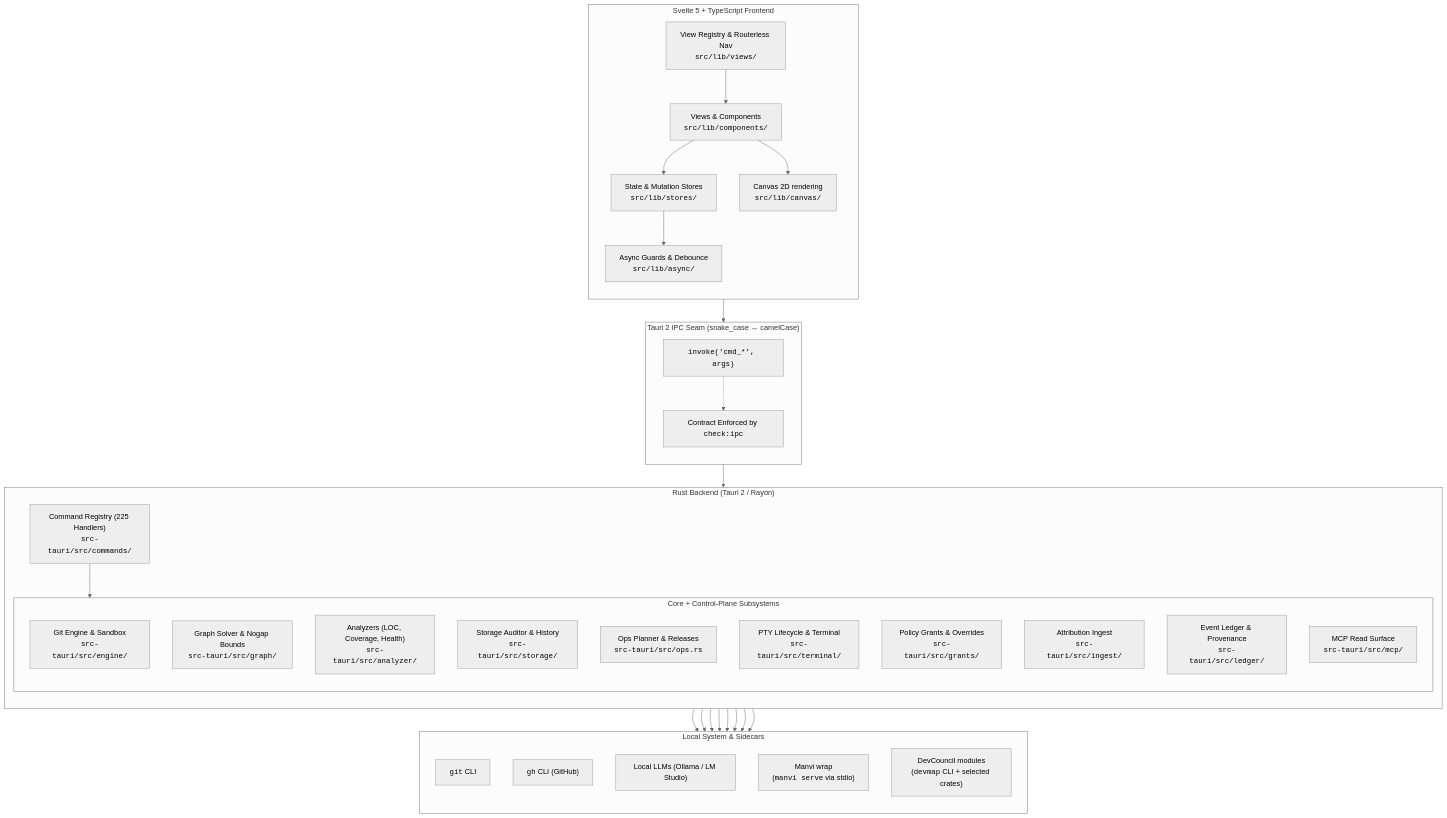
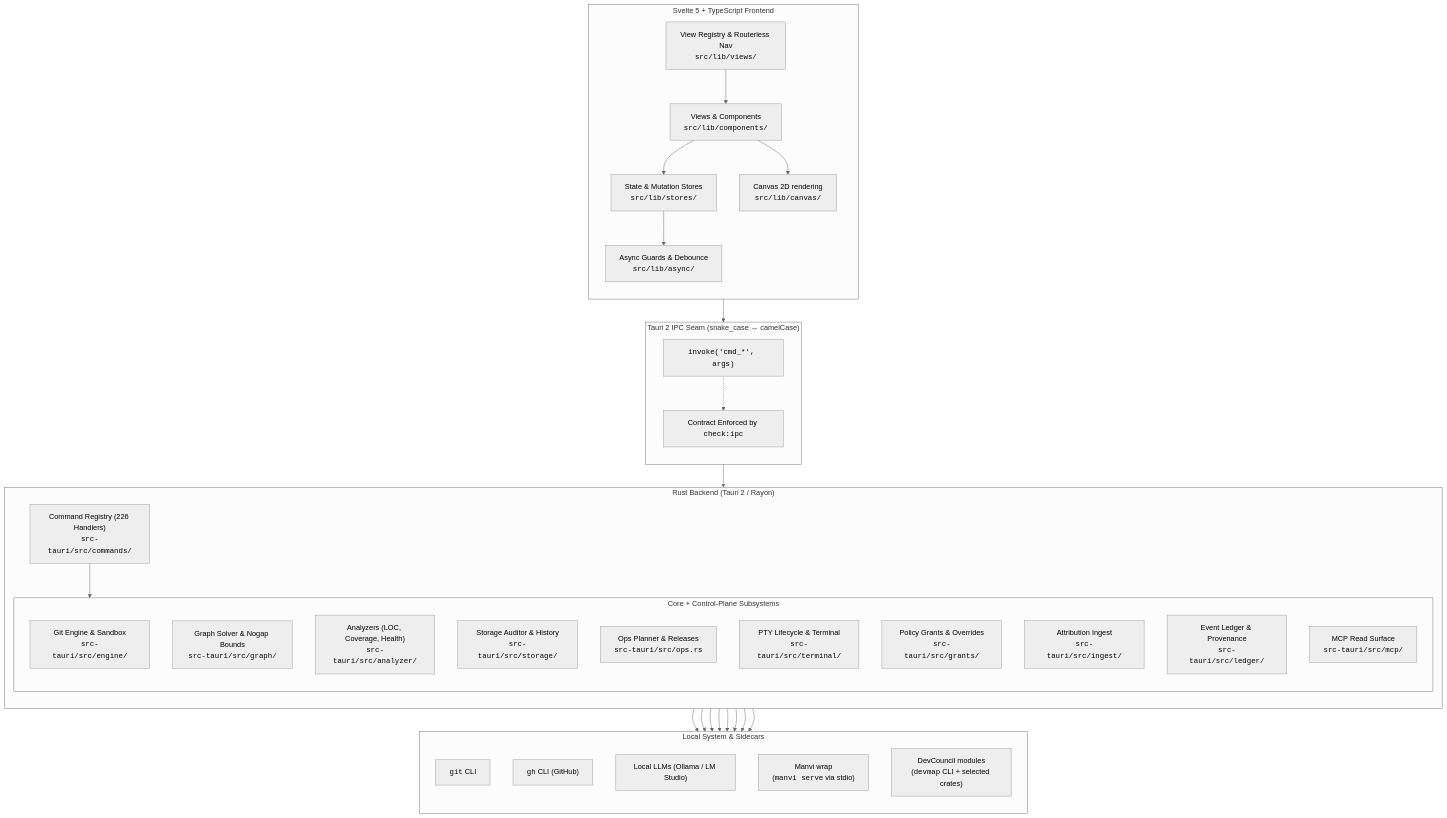
The first of 4 diagrams in docs/ARCHITECTURE.md (bharathvbcr/GitPulse), drawn with Mermaid (neutral theme) before and after one commit. The commit also changed other lines of this file and 107 other files, not shown here.

````diff
--- a/docs/ARCHITECTURE.md
+++ b/docs/ARCHITECTURE.md
@@ -15,63 +15,63 @@
 ```mermaid
 flowchart TB
     subgraph Frontend["Svelte 5 + TypeScript Frontend"]
         direction TB
         UI["Views & Components<br/><code>src/lib/components/</code>"]
         Stores["State & Mutation Stores<br/><code>src/lib/stores/</code>"]
         Registry["View Registry & Routerless Nav<br/><code>src/lib/views/</code>"]
         Canvas["Canvas 2D rendering<br/><code>src/lib/canvas/</code>"]
         Async["Async Guards & Debounce<br/><code>src/lib/async/</code>"]
         
         UI --> Stores
         UI --> Canvas
         Stores --> Async
         Registry --> UI
     end
 
     subgraph IPC["Tauri 2 IPC Seam (snake_case ↔ camelCase)"]
         direction TB
         Invoke["<code>invoke('cmd_*', args)</code>"]
         ContractCheck["Contract Enforced by <code>check:ipc</code>"]
         Invoke -.-> ContractCheck
     end
 
     subgraph Backend["Rust Backend (Tauri 2 / Rayon)"]
         direction TB
-        CmdRegistry["Command Registry (225 Handlers)<br/><code>src-tauri/src/commands/</code>"]
+        CmdRegistry["Command Registry (226 Handlers)<br/><code>src-tauri/src/commands/</code>"]
         
         subgraph Subsystems["Core + Control-Plane Subsystems"]
             GitEngine["Git Engine & Sandbox<br/><code>src-tauri/src/engine/</code>"]
             GraphSolver["Graph Solver & Nogap Bounds<br/><code>src-tauri/src/graph/</code>"]
             Analyzers["Analyzers (LOC, Coverage, Health)<br/><code>src-tauri/src/analyzer/</code>"]
             StorageAuditor["Storage Auditor & History<br/><code>src-tauri/src/storage/</code>"]
             OpsPlanner["Ops Planner & Releases<br/><code>src-tauri/src/ops.rs</code>"]
             PtyTerminal["PTY Lifecycle & Terminal<br/><code>src-tauri/src/terminal/</code>"]
             Grants["Policy Grants & Overrides<br/><code>src-tauri/src/grants/</code>"]
             Ingest["Attribution Ingest<br/><code>src-tauri/src/ingest/</code>"]
             Ledger["Event Ledger & Provenance<br/><code>src-tauri/src/ledger/</code>"]
             MCP["MCP Read Surface<br/><code>src-tauri/src/mcp/</code>"]
         end
         
         CmdRegistry --> Subsystems
     end
 
     subgraph External["Local System & Sidecars"]
         direction TB
         LocalGit["<code>git</code> CLI"]
         LocalGh["<code>gh</code> CLI (GitHub)"]
         LocalLLM["Local LLMs (Ollama / LM Studio)"]
         ManviSidecar["Manvi wrap<br/>(<code>manvi serve</code> via stdio)"]
         DevCouncilMods["DevCouncil modules<br/>(<code>devmap</code> CLI + selected crates)"]
     end
 
     Async --> Invoke
     Invoke --> CmdRegistry
     GitEngine --> LocalGit
     Analyzers --> LocalGit
     Analyzers --> LocalGh
     Analyzers --> LocalLLM
     OpsPlanner --> LocalGh
     OpsPlanner --> ManviSidecar
     Subsystems --> ManviSidecar
     Subsystems --> DevCouncilMods
 ```
````
